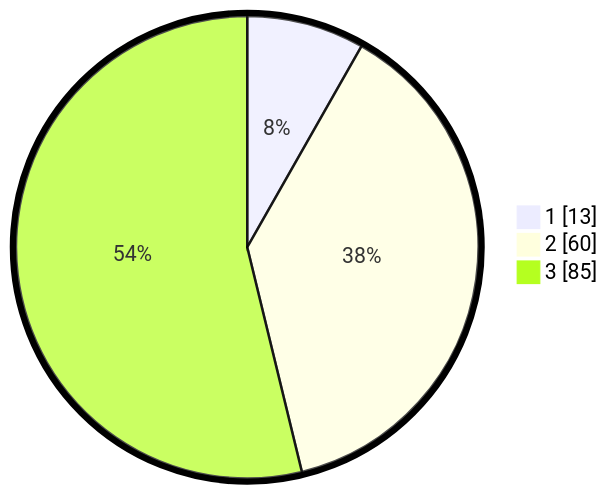
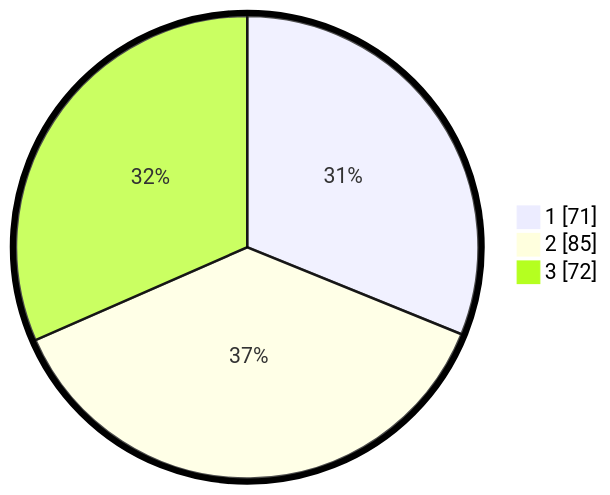
Before and after one commit to gigit-pemilu/pemilu-2024-92-papua-barat: the second of 2 diagrams in pilpres/hitung-suara/sub/92-papua-barat/sub/11-manokwari-selatan/sub/01-ransiki/sub/2009-kobrey/sub/003-tps/README.md, drawn with Mermaid. The commit also changed other lines of this file and 114 other files, not shown here.

````diff
--- a/pilpres/hitung-suara/sub/92-papua-barat/sub/11-manokwari-selatan/sub/01-ransiki/sub/2009-kobrey/sub/003-tps/README.md
+++ b/pilpres/hitung-suara/sub/92-papua-barat/sub/11-manokwari-selatan/sub/01-ransiki/sub/2009-kobrey/sub/003-tps/README.md
@@ -13,7 +13,7 @@
 ```mermaid
 %%{init: {"pie": {"textPosition": 0.5}, "themeVariables": {"pieOuterStrokeWidth": "5px"}} }%%
 pie showData
-    "1" : 13
-    "2" : 60
-    "3" : 85
+    "1" : 71
+    "2" : 85
+    "3" : 72
 ```
````
